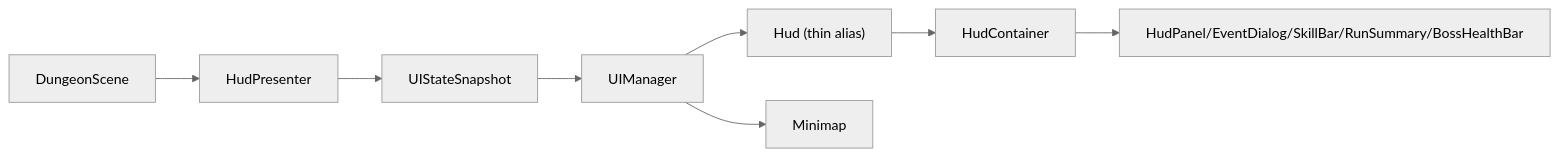
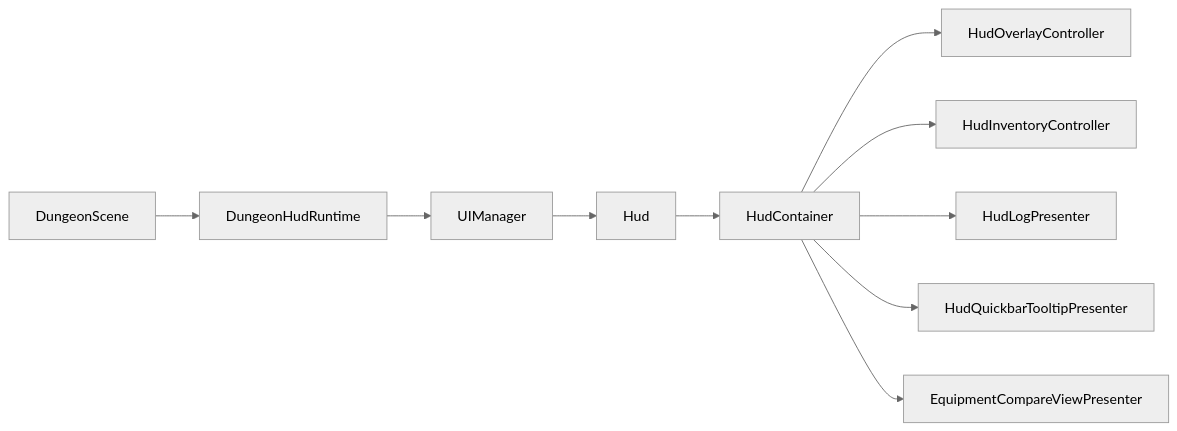
One commit to lkyprogramer/Blodex changed the second of 2 diagrams in docs/architecture.md. Above: the diagram before and after it, drawn with Mermaid (neutral theme). The commit also changed other lines of this file and 12 other files, not shown here.

````diff
--- a/docs/architecture.md
+++ b/docs/architecture.md
@@ -148,10 +87,12 @@
 ```mermaid
 graph LR
-  Scene["DungeonScene"] --> Presenter["HudPresenter"]
-  Presenter --> Snapshot["UIStateSnapshot"]
-  Snapshot --> UIManager["UIManager"]
-  UIManager --> Hud["Hud (thin alias)"]
+  Scene["DungeonScene"] --> HudRuntime["DungeonHudRuntime"]
+  HudRuntime --> UIManager["UIManager"]
+  UIManager --> Hud["Hud"]
   Hud --> Container["HudContainer"]
-  Container --> Components["HudPanel/EventDialog/SkillBar/RunSummary/BossHealthBar"]
-  UIManager --> Minimap["Minimap"]
+  Container --> Overlay["HudOverlayController"]
+  Container --> Inventory["HudInventoryController"]
+  Container --> Log["HudLogPresenter"]
+  Container --> Tooltip["HudQuickbarTooltipPresenter"]
+  Container --> Compare["EquipmentCompareViewPresenter"]
 ```
````
